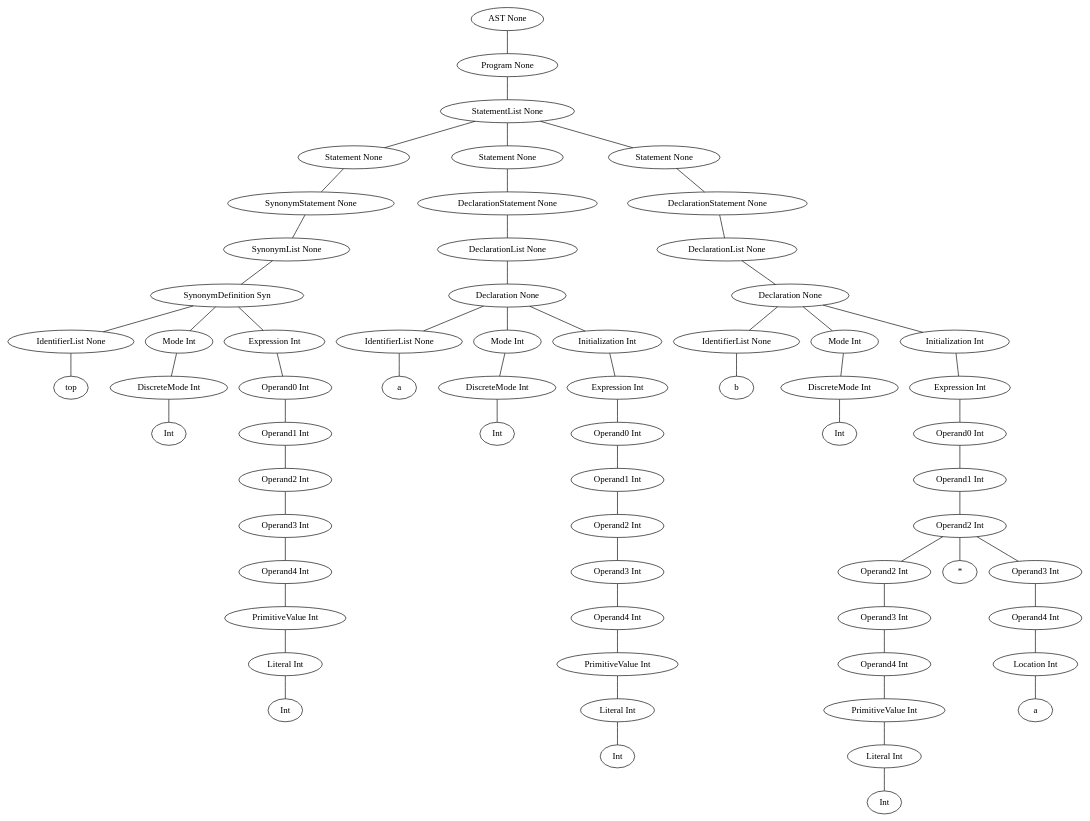
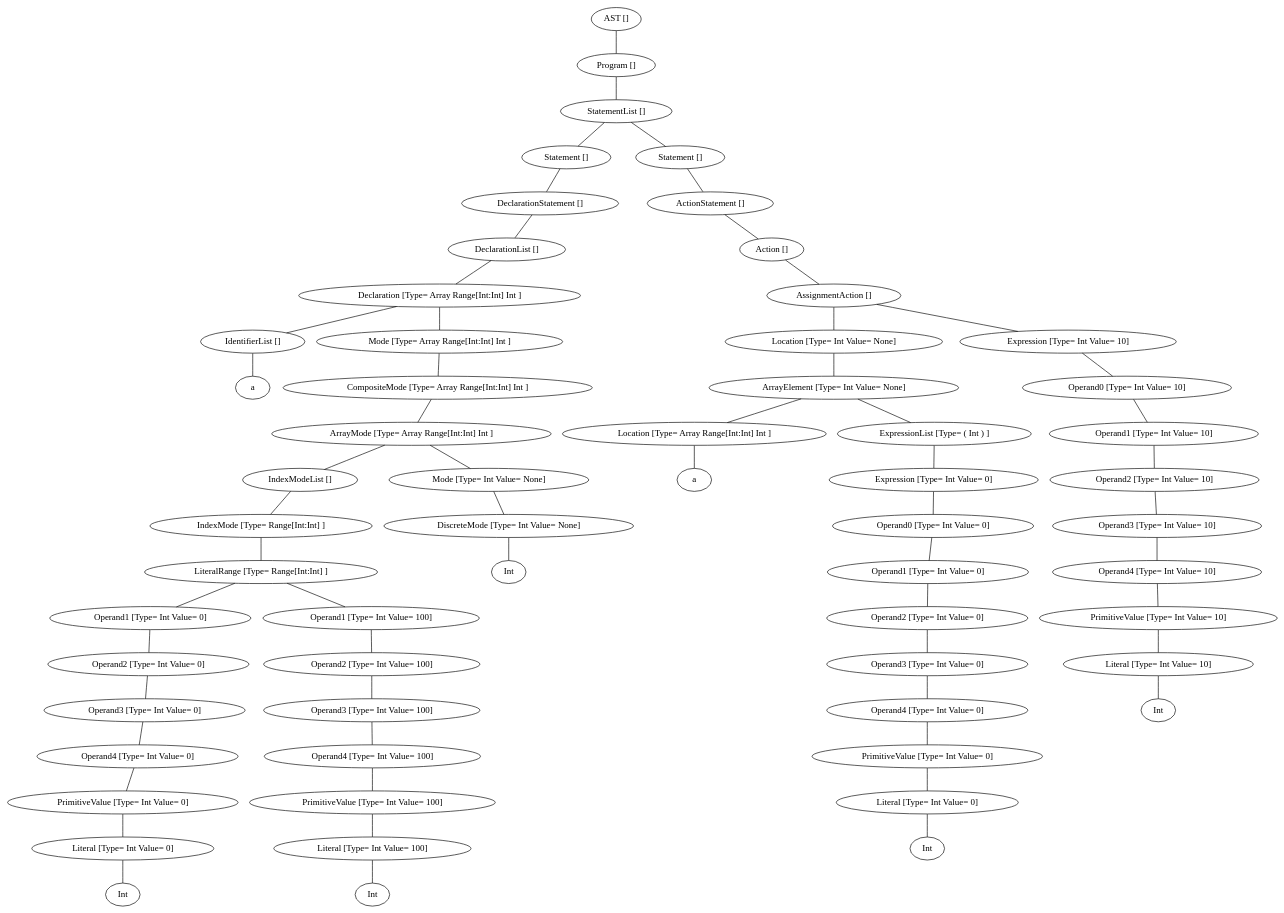
The diagram in Example1.lya.dot (luisfelipehsr/NotACompiler), drawn with Graphviz before and after one commit. The commit also changed 3 other files, not shown here.

```diff
--- a/Example1.lya.dot
+++ b/Example1.lya.dot
@@ -1,184 +1,170 @@
 graph G {
-46368584 [label="AST None"];
-46367464 [label="AST None"];
-46368584 -- 46367464;
-46367464 [label="Program None"];
-46369536 [label="Program None"];
-46367464 -- 46369536;
-46369536 [label="StatementList None"];
-46069184 [label="StatementList None"];
-46369536 -- 46069184;
-46069184 [label="Statement None"];
-46368192 [label="Statement None"];
-46069184 -- 46368192;
-46368192 [label="SynonymStatement None"];
-46068848 [label="SynonymStatement None"];
-46368192 -- 46068848;
-46068848 [label="SynonymList None"];
-46368080 [label="SynonymList None"];
-46068848 -- 46368080;
-46368080 [label="SynonymDefinition Syn"];
-46069352 [label="SynonymDefinition Syn"];
-46368080 -- 46069352;
-46069352 [label="IdentifierList None"];
-9449636828605047219 [label=top];
-46069352 -- 9449636828605047219;
-46068904 [label="SynonymDefinition Syn"];
-46368080 -- 46068904;
-46068904 [label="Mode Int"];
-46069464 [label="Mode Int"];
-46068904 -- 46069464;
-46069464 [label="DiscreteMode Int"];
-11854833226328183083 [label=Int];
-46069464 -- 11854833226328183083;
-46368024 [label="SynonymDefinition Syn"];
-46368080 -- 46368024;
-46368024 [label="Expression Int"];
-46367968 [label="Expression Int"];
-46368024 -- 46367968;
-46367968 [label="Operand0 Int"];
-46367912 [label="Operand0 Int"];
-46367968 -- 46367912;
-46367912 [label="Operand1 Int"];
-46367856 [label="Operand1 Int"];
-46367912 -- 46367856;
-46367856 [label="Operand2 Int"];
-46367800 [label="Operand2 Int"];
-46367856 -- 46367800;
-46367800 [label="Operand3 Int"];
-46367576 [label="Operand3 Int"];
-46367800 -- 46367576;
-46367576 [label="Operand4 Int"];
-46367632 [label="Operand4 Int"];
-46367576 -- 46367632;
-46367632 [label="PrimitiveValue Int"];
-46367408 [label="PrimitiveValue Int"];
-46367632 -- 46367408;
-46367408 [label="Literal Int"];
-12960199518881993801 [label=Int];
-46367408 -- 12960199518881993801;
-46368136 [label="StatementList None"];
-46369536 -- 46368136;
-46368136 [label="Statement None"];
-46369312 [label="Statement None"];
-46368136 -- 46369312;
-46369312 [label="DeclarationStatement None"];
-46368304 [label="DeclarationStatement None"];
-46369312 -- 46368304;
-46368304 [label="DeclarationList None"];
-46368528 [label="DeclarationList None"];
-46368304 -- 46368528;
-46368528 [label="Declaration None"];
-46367688 [label="Declaration None"];
-46368528 -- 46367688;
-46367688 [label="IdentifierList None"];
-11719927184826487363 [label=a];
-46367688 -- 11719927184826487363;
-46368360 [label="Declaration None"];
-46368528 -- 46368360;
-46368360 [label="Mode Int"];
-46368248 [label="Mode Int"];
-46368360 -- 46368248;
-46368248 [label="DiscreteMode Int"];
-13401517978420284802 [label=Int];
-46368248 -- 13401517978420284802;
-46369144 [label="Declaration None"];
-46368528 -- 46369144;
-46369144 [label="Initialization Int"];
-46369088 [label="Initialization Int"];
-46369144 -- 46369088;
-46369088 [label="Expression Int"];
-46369032 [label="Expression Int"];
-46369088 -- 46369032;
-46369032 [label="Operand0 Int"];
-46368976 [label="Operand0 Int"];
-46369032 -- 46368976;
-46368976 [label="Operand1 Int"];
-46368920 [label="Operand1 Int"];
-46368976 -- 46368920;
-46368920 [label="Operand2 Int"];
-46368864 [label="Operand2 Int"];
-46368920 -- 46368864;
-46368864 [label="Operand3 Int"];
-46368640 [label="Operand3 Int"];
-46368864 -- 46368640;
-46368640 [label="Operand4 Int"];
-46368696 [label="Operand4 Int"];
-46368640 -- 46368696;
-46368696 [label="PrimitiveValue Int"];
-46368416 [label="PrimitiveValue Int"];
-46368696 -- 46368416;
-46368416 [label="Literal Int"];
-11584694062810698297 [label=Int];
-46368416 -- 11584694062810698297;
-46369368 [label="StatementList None"];
-46369536 -- 46369368;
-46369368 [label="Statement None"];
-46370544 [label="Statement None"];
-46369368 -- 46370544;
-46370544 [label="DeclarationStatement None"];
-46069296 [label="DeclarationStatement None"];
-46370544 -- 46069296;
-46069296 [label="DeclarationList None"];
-46369424 [label="DeclarationList None"];
-46069296 -- 46369424;
-46369424 [label="Declaration None"];
-46368808 [label="Declaration None"];
-46369424 -- 46368808;
-46368808 [label="IdentifierList None"];
-9624686583931871494 [label=b];
-46368808 -- 9624686583931871494;
-46369480 [label="Declaration None"];
-46369424 -- 46369480;
-46369480 [label="Mode Int"];
-46369200 [label="Mode Int"];
-46369480 -- 46369200;
-46369200 [label="DiscreteMode Int"];
-11481194367328040481 [label=Int];
-46369200 -- 11481194367328040481;
-46369816 [label="Declaration None"];
-46369424 -- 46369816;
-46369816 [label="Initialization Int"];
-46370432 [label="Initialization Int"];
-46369816 -- 46370432;
-46370432 [label="Expression Int"];
-46370376 [label="Expression Int"];
-46370432 -- 46370376;
-46370376 [label="Operand0 Int"];
-46370040 [label="Operand0 Int"];
-46370376 -- 46370040;
-46370040 [label="Operand1 Int"];
-46370264 [label="Operand1 Int"];
-46370040 -- 46370264;
-46370264 [label="Operand2 Int"];
-46369928 [label="Operand2 Int"];
-46370264 -- 46369928;
-46369928 [label="Operand2 Int"];
-46369872 [label="Operand2 Int"];
-46369928 -- 46369872;
-46369872 [label="Operand3 Int"];
-46369648 [label="Operand3 Int"];
-46369872 -- 46369648;
-46369648 [label="Operand4 Int"];
-46369704 [label="Operand4 Int"];
-46369648 -- 46369704;
-46369704 [label="PrimitiveValue Int"];
-46367520 [label="PrimitiveValue Int"];
-46369704 -- 46367520;
-46367520 [label="Literal Int"];
-9978340465264302647 [label=Int];
-46367520 -- 9978340465264302647;
-11764992774980097725 [label="*"];
-46370264 -- 11764992774980097725;
-46370096 [label="Operand2 Int"];
-46370264 -- 46370096;
-46370096 [label="Operand3 Int"];
-46370152 [label="Operand3 Int"];
-46370096 -- 46370152;
-46370152 [label="Operand4 Int"];
-46369984 [label="Operand4 Int"];
-46370152 -- 46369984;
-46369984 [label="Location Int"];
-11484363523651196133 [label=a];
-46369984 -- 11484363523651196133;
+46008808 [label="AST []"];
+46008640 [label="AST None"];
+46008808 -- 46008640;
+46008640 [label="Program []"];
+50548864 [label="Program None"];
+46008640 -- 50548864;
+50548864 [label="StatementList []"];
+46008696 [label="StatementList None"];
+50548864 -- 46008696;
+46008696 [label="Statement []"];
+46319544 [label="Statement None"];
+46008696 -- 46319544;
+46319544 [label="DeclarationStatement []"];
+46008920 [label="DeclarationStatement None"];
+46319544 -- 46008920;
+46008920 [label="DeclarationList []"];
+46320944 [label="DeclarationList None"];
+46008920 -- 46320944;
+46320944 [label="Declaration [Type= Array Range[Int:Int] Int ]"];
+46008416 [label="Declaration Array Range[Int:Int] Int"];
+46320944 -- 46008416;
+46008416 [label="IdentifierList []"];
+12762760862202542269 [label=a];
+46008416 -- 12762760862202542269;
+46320888 [label="Declaration Array Range[Int:Int] Int"];
+46320944 -- 46320888;
+46320888 [label="Mode [Type= Array Range[Int:Int] Int ]"];
+46008976 [label="Mode Array Range[Int:Int] Int"];
+46320888 -- 46008976;
+46008976 [label="CompositeMode [Type= Array Range[Int:Int] Int ]"];
+46320496 [label="CompositeMode Array Range[Int:Int] Int"];
+46008976 -- 46320496;
+46320496 [label="ArrayMode [Type= Array Range[Int:Int] Int ]"];
+46320552 [label="ArrayMode Array Range[Int:Int] Int"];
+46320496 -- 46320552;
+46320552 [label="IndexModeList []"];
+46319992 [label="IndexModeList None"];
+46320552 -- 46319992;
+46319992 [label="IndexMode [Type= Range[Int:Int] ]"];
+46320440 [label="IndexMode Range[Int:Int]"];
+46319992 -- 46320440;
+46320440 [label="LiteralRange [Type= Range[Int:Int] ]"];
+46319880 [label="LiteralRange Range[Int:Int]"];
+46320440 -- 46319880;
+46319880 [label="Operand1 [Type= Int Value= 0]"];
+46319824 [label="Operand1 Int"];
+46319880 -- 46319824;
+46319824 [label="Operand2 [Type= Int Value= 0]"];
+46319768 [label="Operand2 Int"];
+46319824 -- 46319768;
+46319768 [label="Operand3 [Type= Int Value= 0]"];
+46319488 [label="Operand3 Int"];
+46319768 -- 46319488;
+46319488 [label="Operand4 [Type= Int Value= 0]"];
+46319600 [label="Operand4 Int"];
+46319488 -- 46319600;
+46319600 [label="PrimitiveValue [Type= Int Value= 0]"];
+46008472 [label="PrimitiveValue Int"];
+46319600 -- 46008472;
+46008472 [label="Literal [Type= Int Value= 0]"];
+12297134661346566554 [label=Int];
+46008472 -- 12297134661346566554;
+46320384 [label="LiteralRange Range[Int:Int]"];
+46320440 -- 46320384;
+46320384 [label="Operand1 [Type= Int Value= 100]"];
+46320328 [label="Operand1 Int"];
+46320384 -- 46320328;
+46320328 [label="Operand2 [Type= Int Value= 100]"];
+46320272 [label="Operand2 Int"];
+46320328 -- 46320272;
+46320272 [label="Operand3 [Type= Int Value= 100]"];
+46320048 [label="Operand3 Int"];
+46320272 -- 46320048;
+46320048 [label="Operand4 [Type= Int Value= 100]"];
+46320104 [label="Operand4 Int"];
+46320048 -- 46320104;
+46320104 [label="PrimitiveValue [Type= Int Value= 100]"];
+46319936 [label="PrimitiveValue Int"];
+46320104 -- 46319936;
+46319936 [label="Literal [Type= Int Value= 100]"];
+11257277488053385447 [label=Int];
+46319936 -- 11257277488053385447;
+46320664 [label="ArrayMode Array Range[Int:Int] Int"];
+46320496 -- 46320664;
+46320664 [label="Mode [Type= Int Value= None]"];
+46320608 [label="Mode Int"];
+46320664 -- 46320608;
+46320608 [label="DiscreteMode [Type= Int Value= None]"];
+11969997253757847137 [label=Int];
+46320608 -- 11969997253757847137;
+46321168 [label="StatementList None"];
+50548864 -- 46321168;
+46321168 [label="Statement []"];
+50549424 [label="Statement None"];
+46321168 -- 50549424;
+50549424 [label="ActionStatement []"];
+50548920 [label="ActionStatement None"];
+50549424 -- 50548920;
+50548920 [label="Action []"];
+50549312 [label="Action None"];
+50548920 -- 50549312;
+50549312 [label="AssignmentAction []"];
+46319712 [label="AssignmentAction None"];
+50549312 -- 46319712;
+46319712 [label="Location [Type= Int Value= None]"];
+46321560 [label="Location Int"];
+46319712 -- 46321560;
+46321560 [label="ArrayElement [Type= Int Value= None]"];
+46320160 [label="ArrayElement Int"];
+46321560 -- 46320160;
+46320160 [label="Location [Type= Array Range[Int:Int] Int ]"];
+13051202120553260979 [label=a];
+46320160 -- 13051202120553260979;
+46321504 [label="ArrayElement Int"];
+46321560 -- 46321504;
+46321504 [label="ExpressionList [Type= ( Int ) ]"];
+46321448 [label="ExpressionList ( Int )"];
+46321504 -- 46321448;
+46321448 [label="Expression [Type= Int Value= 0]"];
+46321392 [label="Expression Int"];
+46321448 -- 46321392;
+46321392 [label="Operand0 [Type= Int Value= 0]"];
+46321336 [label="Operand0 Int"];
+46321392 -- 46321336;
+46321336 [label="Operand1 [Type= Int Value= 0]"];
+46321280 [label="Operand1 Int"];
+46321336 -- 46321280;
+46321280 [label="Operand2 [Type= Int Value= 0]"];
+46321224 [label="Operand2 Int"];
+46321280 -- 46321224;
+46321224 [label="Operand3 [Type= Int Value= 0]"];
+46321000 [label="Operand3 Int"];
+46321224 -- 46321000;
+46321000 [label="Operand4 [Type= Int Value= 0]"];
+46321056 [label="Operand4 Int"];
+46321000 -- 46321056;
+46321056 [label="PrimitiveValue [Type= Int Value= 0]"];
+46320832 [label="PrimitiveValue Int"];
+46321056 -- 46320832;
+46320832 [label="Literal [Type= Int Value= 0]"];
+12241776494545708436 [label=Int];
+46320832 -- 12241776494545708436;
+50549256 [label="AssignmentAction None"];
+50549312 -- 50549256;
+50549256 [label="Expression [Type= Int Value= 10]"];
+50549200 [label="Expression Int"];
+50549256 -- 50549200;
+50549200 [label="Operand0 [Type= Int Value= 10]"];
+50549144 [label="Operand0 Int"];
+50549200 -- 50549144;
+50549144 [label="Operand1 [Type= Int Value= 10]"];
+50549088 [label="Operand1 Int"];
+50549144 -- 50549088;
+50549088 [label="Operand2 [Type= Int Value= 10]"];
+50549032 [label="Operand2 Int"];
+50549088 -- 50549032;
+50549032 [label="Operand3 [Type= Int Value= 10]"];
+46320720 [label="Operand3 Int"];
+50549032 -- 46320720;
+46320720 [label="Operand4 [Type= Int Value= 10]"];
+46321616 [label="Operand4 Int"];
+46320720 -- 46321616;
+46321616 [label="PrimitiveValue [Type= Int Value= 10]"];
+50548808 [label="PrimitiveValue Int"];
+46321616 -- 50548808;
+50548808 [label="Literal [Type= Int Value= 10]"];
+10595968807962231672 [label=Int];
+50548808 -- 10595968807962231672;
 }
```
